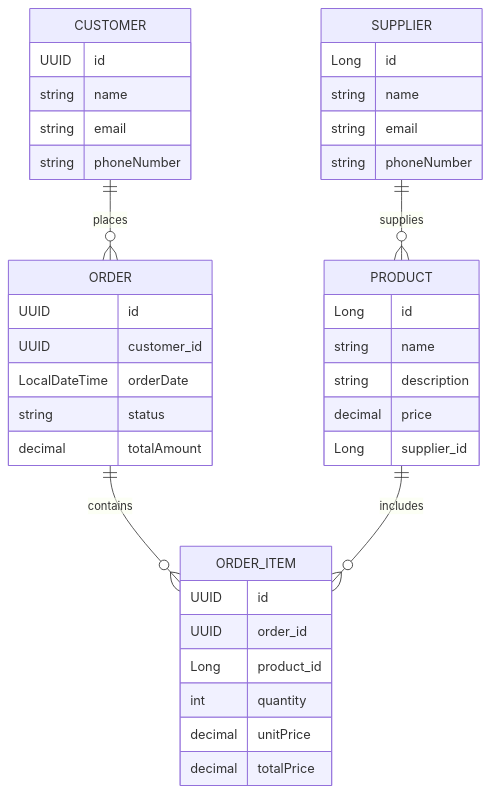
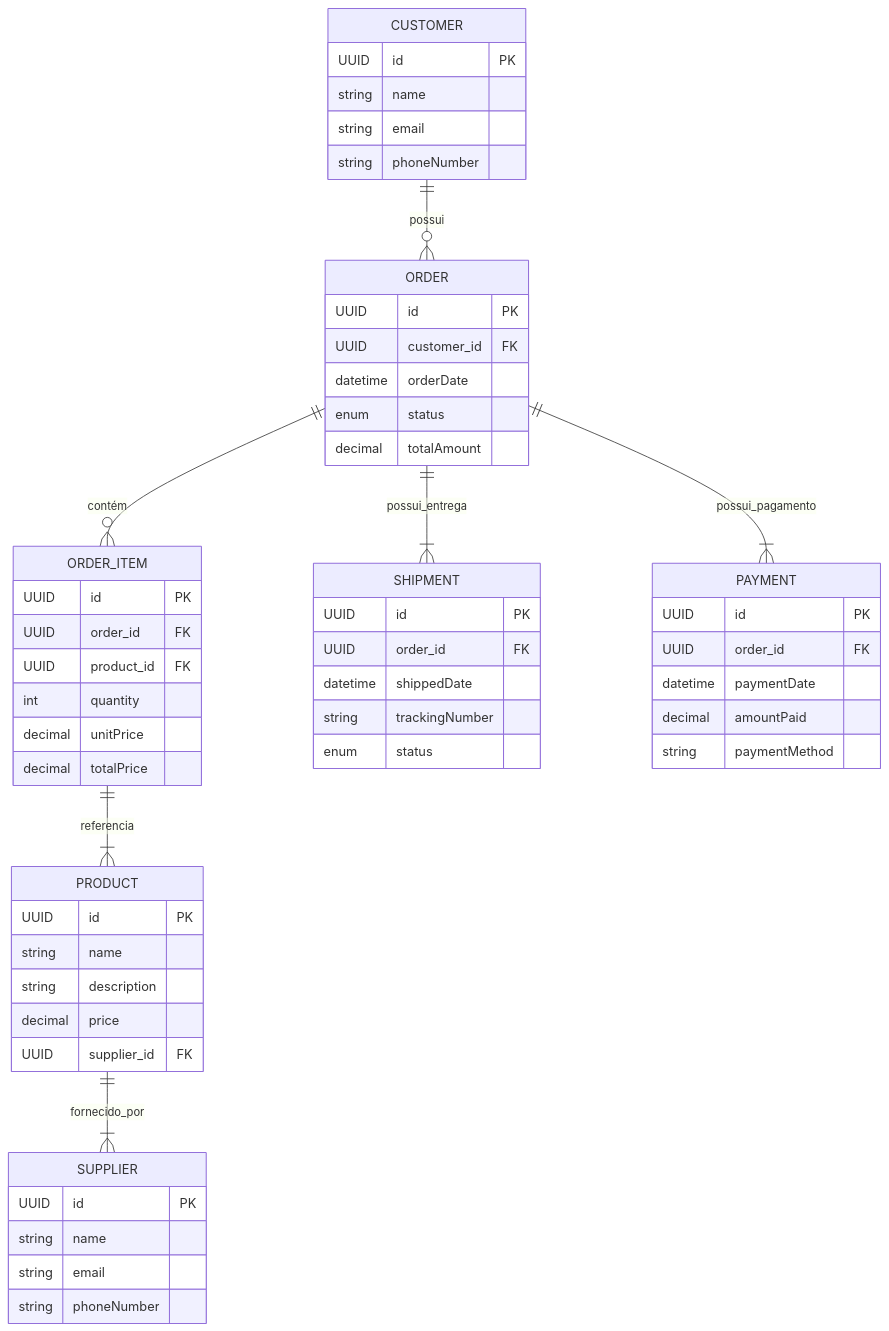
The diagram in README.md (guimaraes/ordermanager), drawn with Mermaid before and after one commit. The commit also changed other lines of this file, not shown here.

````diff
--- a/README.md
+++ b/README.md
@@ -140,42 +130,64 @@
 ```mermaid
 erDiagram
     CUSTOMER {
-        UUID id
+        UUID id PK
         string name
         string email
         string phoneNumber
     }
+    
     ORDER {
-        UUID id
-        UUID customer_id
-        LocalDateTime orderDate
-        string status
+        UUID id PK
+        UUID customer_id FK
+        datetime orderDate
+        enum status
         decimal totalAmount
     }
-    PRODUCT {
-        Long id
-        string name
-        string description
-        decimal price
-        Long supplier_id
-    }
+    
     ORDER_ITEM {
-        UUID id
-        UUID order_id
-        Long product_id
+        UUID id PK
+        UUID order_id FK
+        UUID product_id FK
         int quantity
         decimal unitPrice
         decimal totalPrice
     }
+    
+    PRODUCT {
+        UUID id PK
+        string name
+        string description
+        decimal price
+        UUID supplier_id FK
+    }
+    
     SUPPLIER {
-        Long id
+        UUID id PK
         string name
         string email
         string phoneNumber
     }
-
-    CUSTOMER ||--o{ ORDER : places
-    ORDER ||--o{ ORDER_ITEM : contains
-    PRODUCT ||--o{ ORDER_ITEM : includes
-    SUPPLIER ||--o{ PRODUCT : supplies
+    
+    SHIPMENT {
+        UUID id PK
+        UUID order_id FK
+        datetime shippedDate
+        string trackingNumber
+        enum status
+    }
+    
+    PAYMENT {
+        UUID id PK
+        UUID order_id FK
+        datetime paymentDate
+        decimal amountPaid
+        string paymentMethod
+    }
+    
+    CUSTOMER ||--o{ ORDER : possui
+    ORDER ||--o{ ORDER_ITEM : contém
+    ORDER_ITEM ||--|{ PRODUCT : referencia
+    PRODUCT ||--|{ SUPPLIER : fornecido_por
+    ORDER ||--|{ PAYMENT : possui_pagamento
+    ORDER ||--|{ SHIPMENT : possui_entrega
 ```
````
